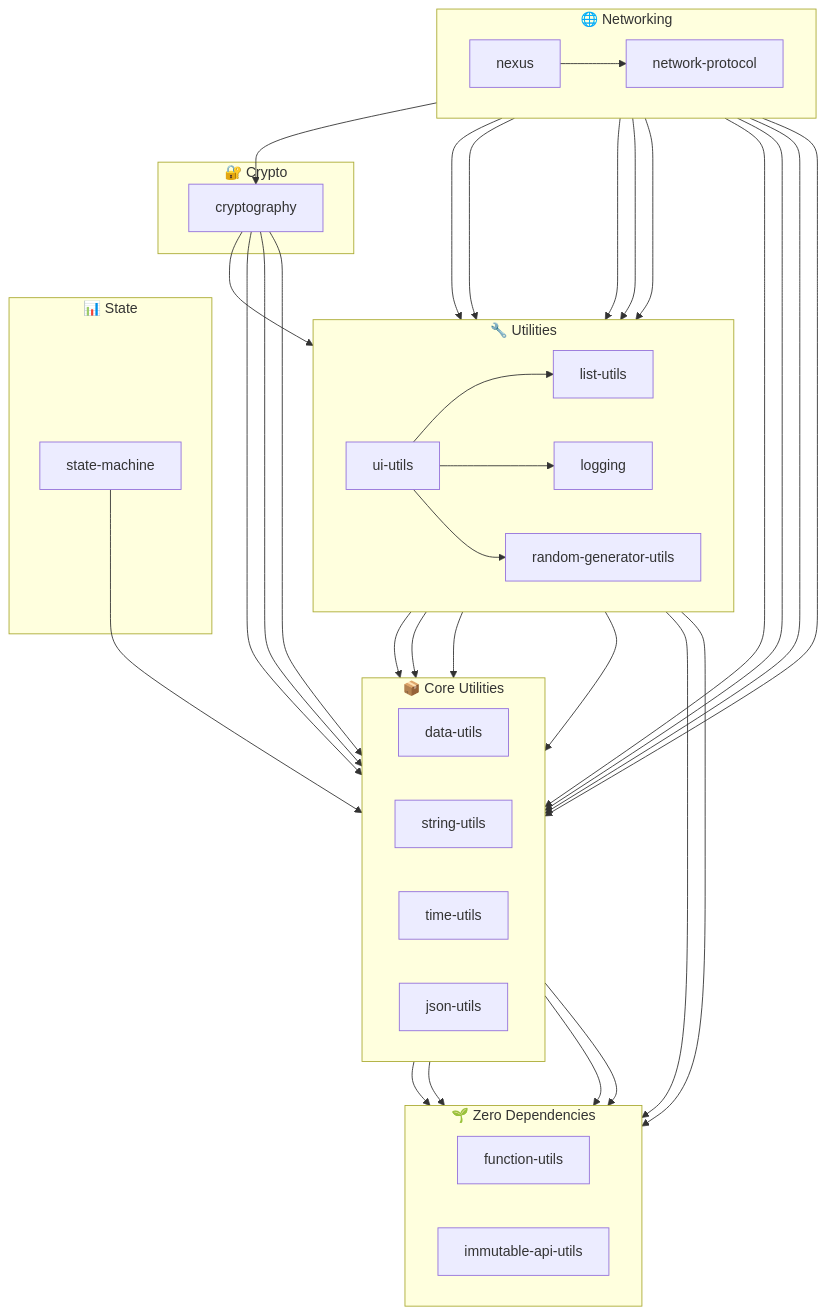
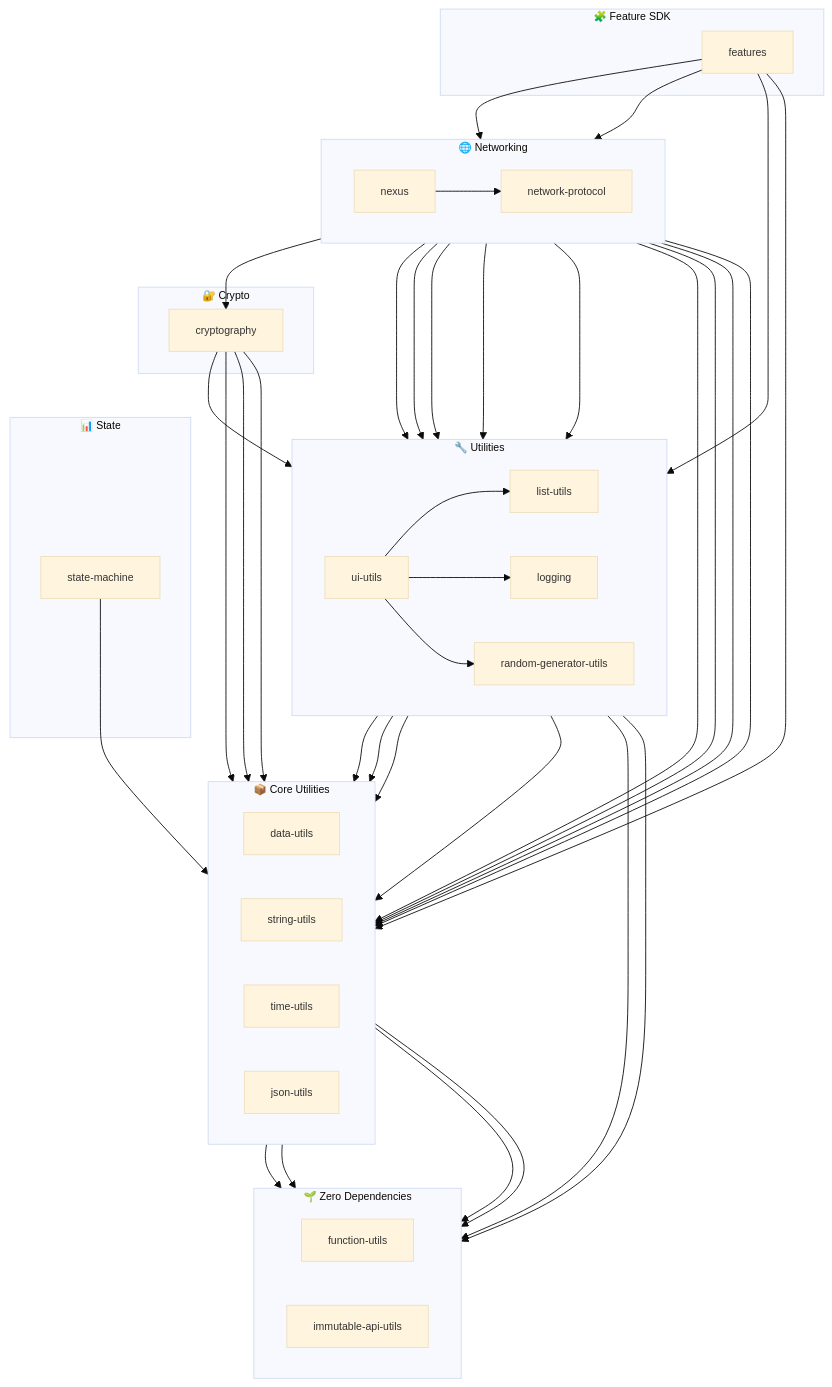
One commit to AndrewRedican/hyperfrontend changed the first of 2 diagrams in LIBRARY_COMPATIBILITY.md. Above: the diagram before and after it, drawn with Mermaid. The commit also changed other lines of this file, not shown here.

Commit message:
docs(@hyperfrontend/workspace): cover the features entry points in the compatibility matrix

````diff
--- a/LIBRARY_COMPATIBILITY.md
+++ b/LIBRARY_COMPATIBILITY.md
@@ -300,4 +316,10 @@
 ```mermaid
+---
+config:
+  theme: base
+  themeVariables:
+    fontSize: 12px
+---
 flowchart TB
     subgraph ZERO["🌱 Zero Dependencies"]
         direction LR
@@ -333,6 +355,10 @@
         direction LR
         network-protocol
         nexus
+    end
+
+    subgraph SDK["🧩 Feature SDK"]
+        features
     end
 
     %% Core utilities depend on immutable-api-utils
@@ -372,4 +398,10 @@
     nexus --> logging
     nexus --> json-utils
     nexus --> random-generator-utils
+
+    %% Feature SDK layer
+    features --> nexus
+    features --> network-protocol
+    features --> json-utils
+    features --> ui-utils
 ```
````
